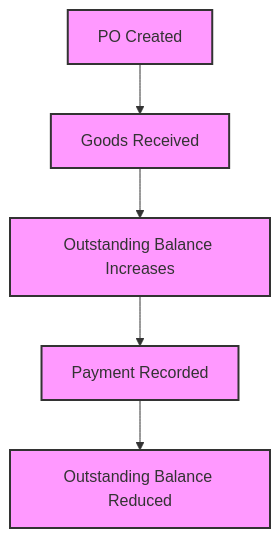
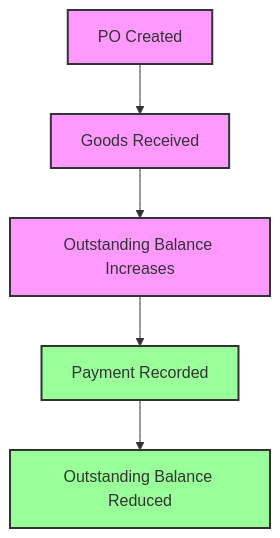
Before and after one commit to radecodes202/websys2finalproject: the third of 5 diagrams in docs/system_workflows.md, drawn with Mermaid. The commit also changed other lines of this file and 11 other files, not shown here.

````diff
--- a/docs/system_workflows.md
+++ b/docs/system_workflows.md
@@ -377,13 +430,13 @@
 ```mermaid
 flowchart TD
     A[PO Created] --> B[Goods Received]
     B --> C[Outstanding Balance Increases]
     C --> D[Payment Recorded]
     D --> E[Outstanding Balance Reduced]
 
     style A fill:#f9f,stroke:#333,stroke-width:2px
     style B fill:#f9f,stroke:#333,stroke-width:2px
     style C fill:#f9f,stroke:#333,stroke-width:2px
-    style D fill:#f9f,stroke:#333,stroke-width:2px
-    style E fill:#f9f,stroke:#333,stroke-width:2px
+    style D fill:#9f9,stroke:#333,stroke-width:2px
+    style E fill:#9f9,stroke:#333,stroke-width:2px
 ```
````
